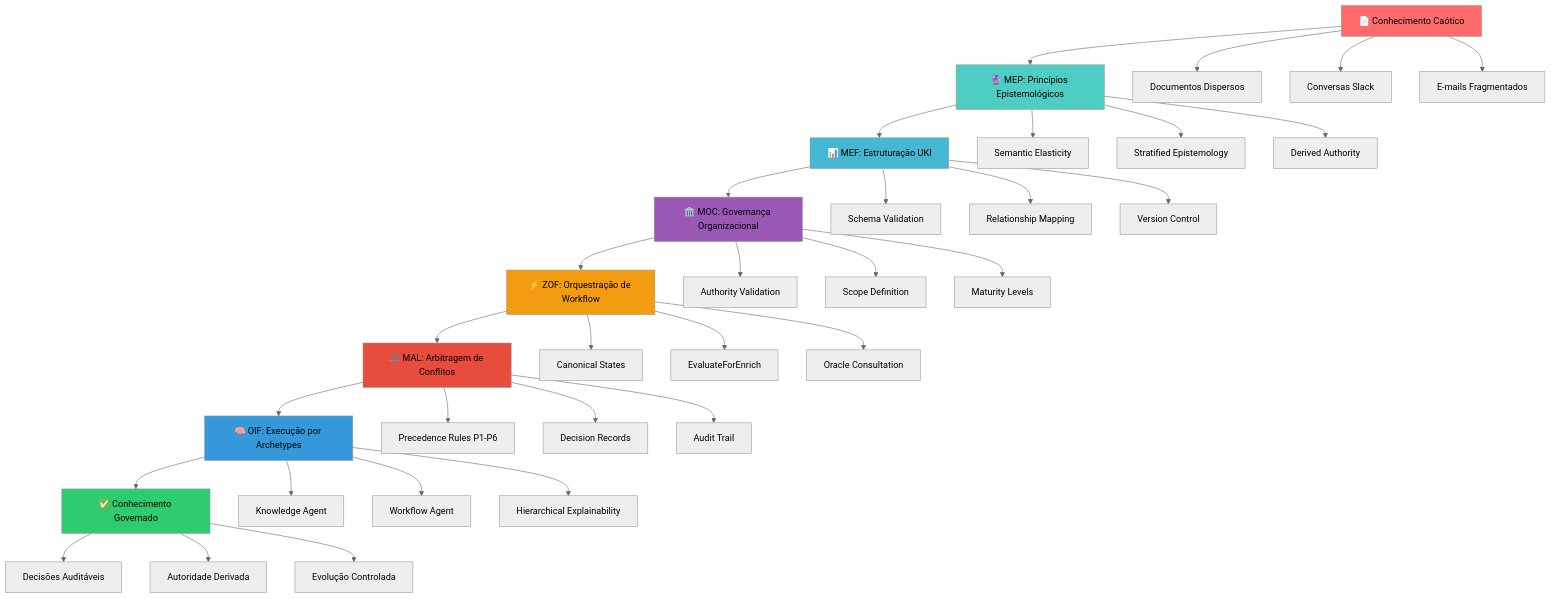
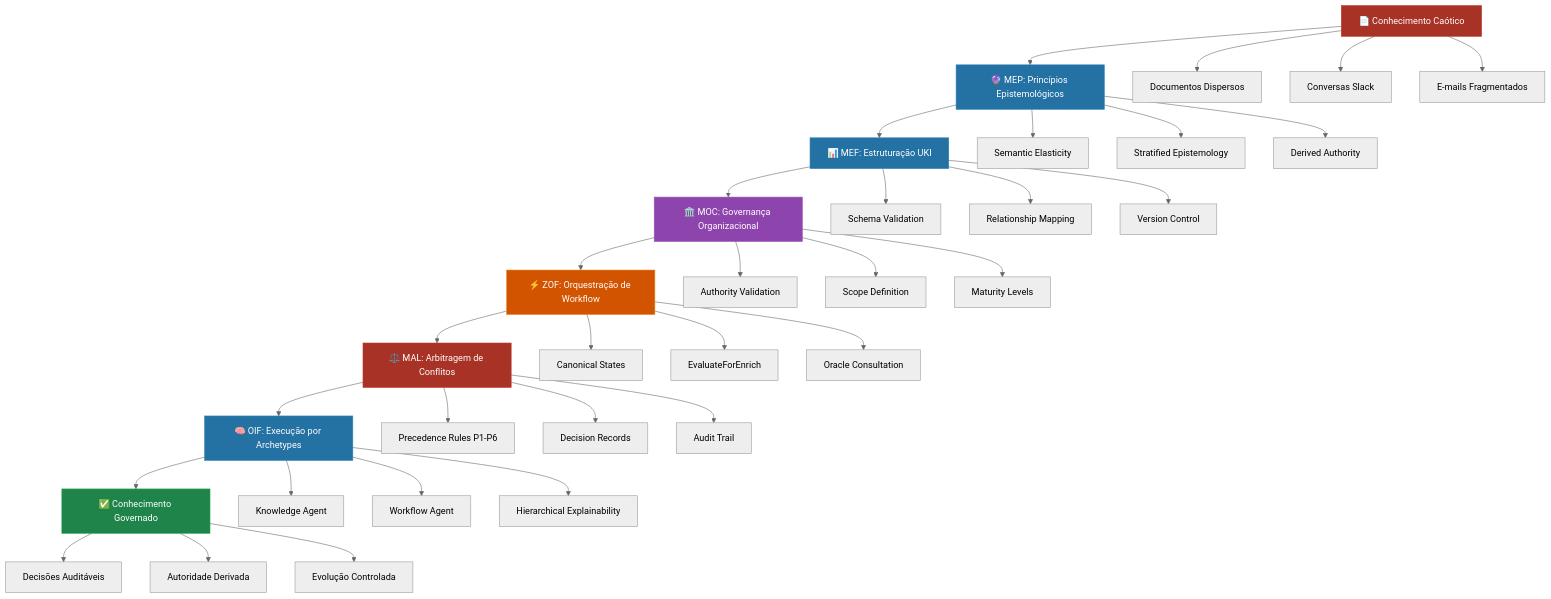
One commit to casheiro/matrix-protocol changed the first of 3 diagrams in content/pt/docs/examples/conceptual-roadmaps.md. Above: the diagram before and after it, drawn with Mermaid (neutral theme). The commit also changed other lines of this file and 36 other files, not shown here.

````diff
--- a/content/pt/docs/examples/conceptual-roadmaps.md
+++ b/content/pt/docs/examples/conceptual-roadmaps.md
@@ -36,50 +36,51 @@
 ```mermaid
 graph TD
     A[📄 Conhecimento Caótico] --> B[🔮 MEP: Princípios Epistemológicos]
     A --> A1[Documentos Dispersos]
     A --> A2[Conversas Slack]
     A --> A3[E-mails Fragmentados]
     
     B --> C[📊 MEF: Estruturação UKI]
     B --> B1[Semantic Elasticity]
     B --> B2[Stratified Epistemology]
     B --> B3[Derived Authority]
     
     C --> D[🏛️ MOC: Governança Organizacional]
     C --> C1[Schema Validation]
     C --> C2[Relationship Mapping]
     C --> C3[Version Control]
     
     D --> E[⚡ ZOF: Orquestração de Workflow]
     D --> D1[Authority Validation]
     D --> D2[Scope Definition]
     D --> D3[Maturity Levels]
     
     E --> F[⚖️ MAL: Arbitragem de Conflitos]
     E --> E1[Canonical States]
     E --> E2[EvaluateForEnrich]
     E --> E3[Oracle Consultation]
     
     F --> G[🧠 OIF: Execução por Archetypes]
     F --> F1[Precedence Rules P1-P6]
     F --> F2[Decision Records]
     F --> F3[Audit Trail]
     
     G --> H[✅ Conhecimento Governado]
     G --> G1[Knowledge Agent]
     G --> G2[Workflow Agent]
     G --> G3[Hierarchical Explainability]
     
     H --> H1[Decisões Auditáveis]
     H --> H2[Autoridade Derivada]
     H --> H3[Evolução Controlada]
     
-    style A fill:#ff6b6b
-    style B fill:#4ecdc4
-    style C fill:#45b7d1
-    style D fill:#9b59b6
-    style E fill:#f39c12
-    style F fill:#e74c3c
-    style G fill:#3498db
-    style H fill:#2ecc71
+    %% Roadmap conceitual - Progressão evolutiva
+    style A fill:#A93226,stroke:#C0392B,color:#fff
+    style B fill:#2471A3,stroke:#2980B9,color:#fff
+    style C fill:#2471A3,stroke:#2980B9,color:#fff
+    style D fill:#8E44AD,stroke:#9B59B6,color:#fff
+    style E fill:#D35400,stroke:#E67E22,color:#fff
+    style F fill:#A93226,stroke:#C0392B,color:#fff
+    style G fill:#2471A3,stroke:#2980B9,color:#fff
+    style H fill:#1E8449,stroke:#27AE60,color:#fff
 ```
````
